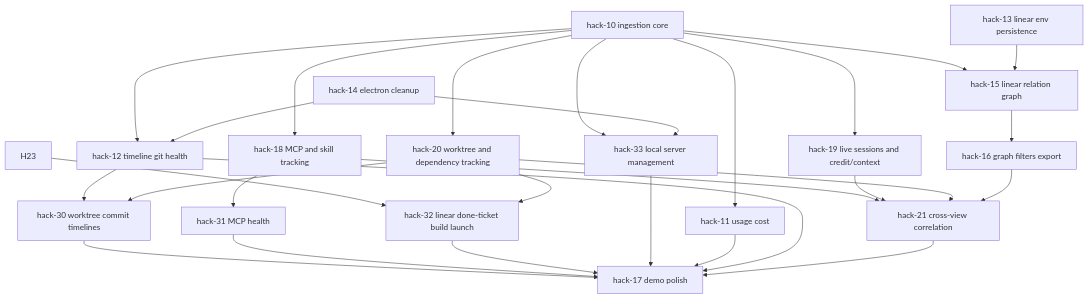
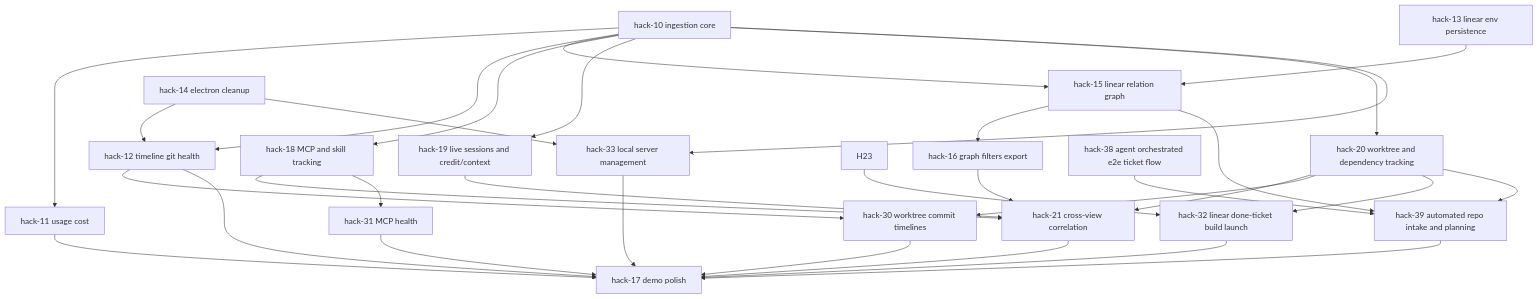
Before and after one commit to jaimindp/100x_your_codex: the diagram in docs/HACKATHON_MASTER_PLAY.md, drawn with Mermaid. The commit also changed other lines of this file and 9 other files, not shown here.

Commit message:
Unify dependency and Linear build graph view

````diff
--- a/docs/HACKATHON_MASTER_PLAY.md
+++ b/docs/HACKATHON_MASTER_PLAY.md
@@ -515,30 +581,34 @@
 ```mermaid
 graph TD
   H10[hack-10 ingestion core] --> H11[hack-11 usage cost]
   H10 --> H12[hack-12 timeline git health]
   H10 --> H15[hack-15 linear relation graph]
   H10 --> H18[hack-18 MCP and skill tracking]
   H10 --> H19[hack-19 live sessions and credit/context]
   H10 --> H20[hack-20 worktree and dependency tracking]
   H13[hack-13 linear env persistence] --> H15
   H14[hack-14 electron cleanup] --> H12
   H15 --> H16[hack-16 graph filters export]
   H18 --> H21[hack-21 cross-view correlation]
   H19 --> H21
   H20 --> H21
   H16 --> H21
   H12 --> H30[hack-30 worktree commit timelines]
   H20 --> H30
   H18 --> H31[hack-31 MCP health]
   H23 --> H32[hack-32 linear done-ticket build launch]
   H20 --> H32
   H10 --> H33[hack-33 local server management]
   H14 --> H33
+  H38[hack-38 agent orchestrated e2e ticket flow] --> H39[hack-39 automated repo intake and planning]
+  H20 --> H39
+  H15 --> H39
+  H39 --> H17
   H30 --> H17
   H31 --> H17
   H32 --> H17
   H33 --> H17
   H11 --> H17[hack-17 demo polish]
   H12 --> H17
   H21 --> H17
 ```
````
